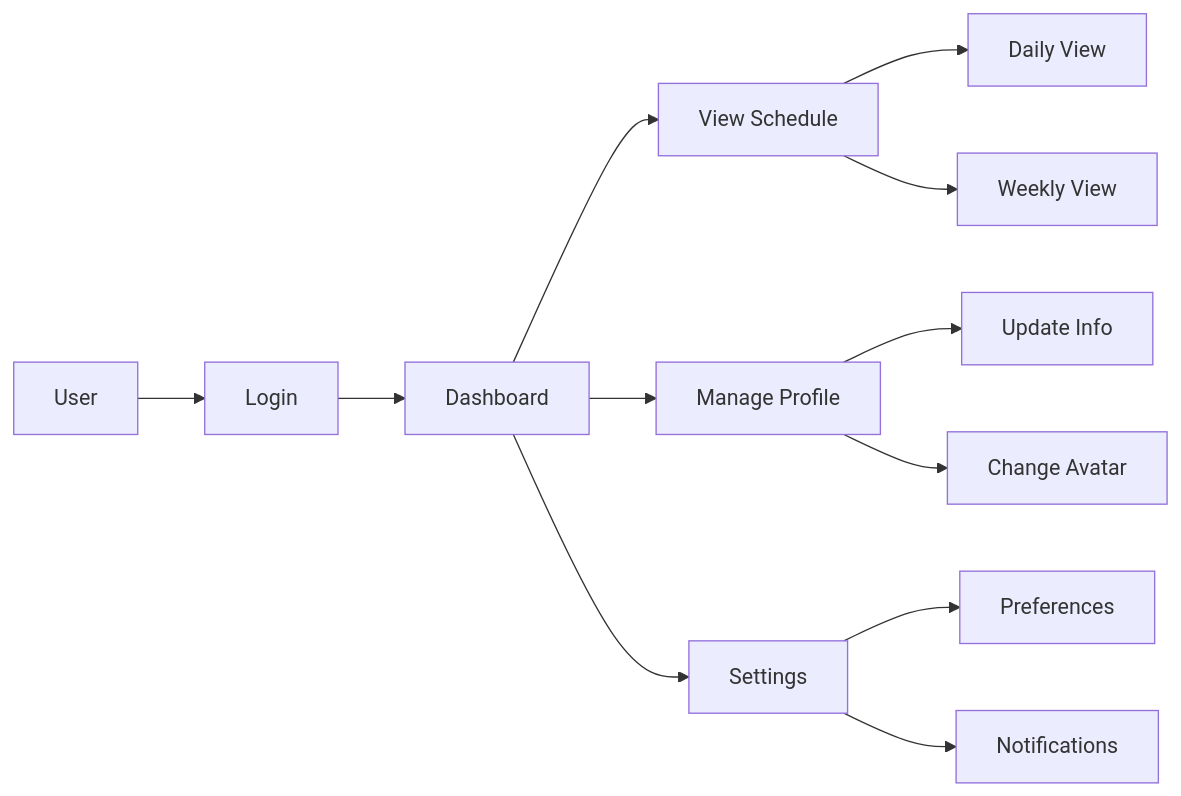
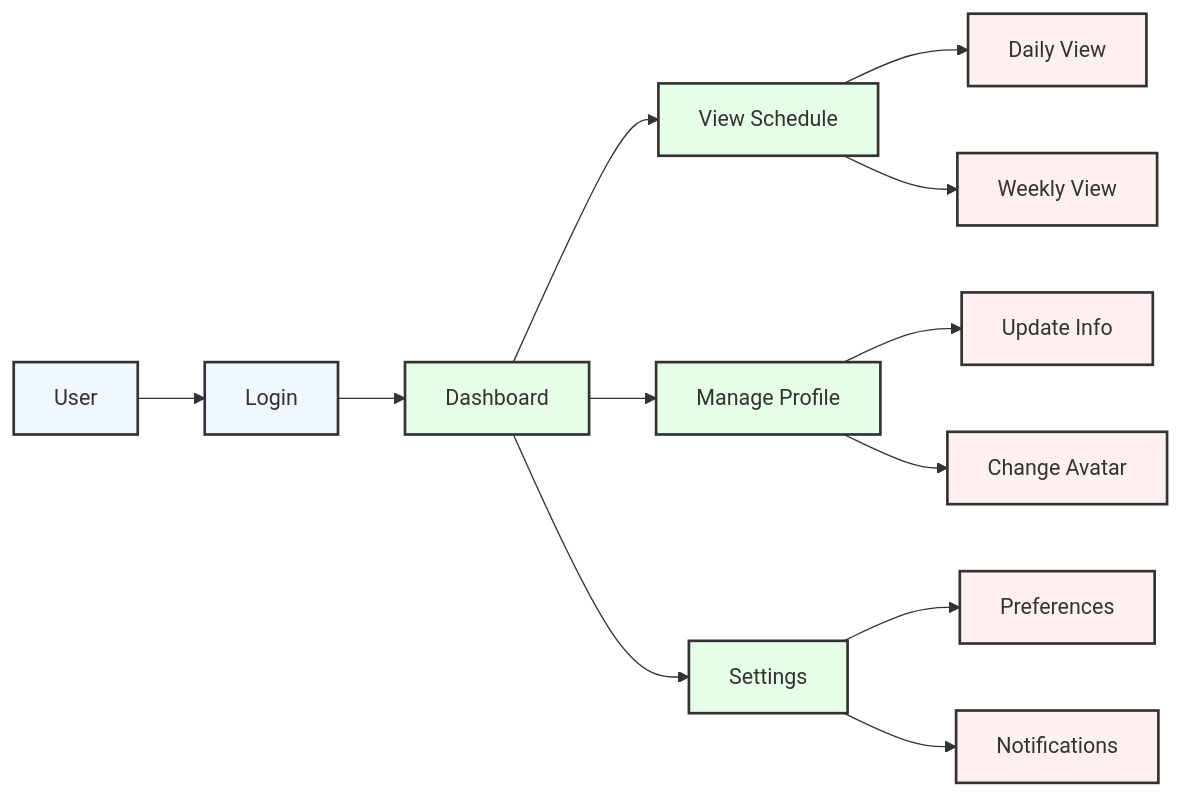
One commit to kafle1/timetablepro changed the eighth of 11 diagrams in docs/USER_GUIDE.md. Above: the diagram before and after it, drawn with Mermaid. The commit also changed other lines of this file and 1 other file, not shown here.

Commit message:
docs: improve diagram colors for better text visibility

````diff
--- a/docs/USER_GUIDE.md
+++ b/docs/USER_GUIDE.md
@@ -538,15 +538,23 @@
 ```mermaid
 graph LR
     A[User] --> B[Login]
     B --> C[Dashboard]
     C --> D[View Schedule]
     C --> E[Manage Profile]
     C --> F[Settings]
     
     D --> G[Daily View]
     D --> H[Weekly View]
     E --> I[Update Info]
     E --> J[Change Avatar]
     F --> K[Preferences]
     F --> L[Notifications]
+
+    classDef default fill:#f0f7ff,stroke:#333,stroke-width:2px
+    classDef action fill:#e6ffe6,stroke:#333,stroke-width:2px
+    classDef feature fill:#fff0f0,stroke:#333,stroke-width:2px
+    
+    class A,B default
+    class C,D,E,F action
+    class G,H,I,J,K,L feature
 ```
````
